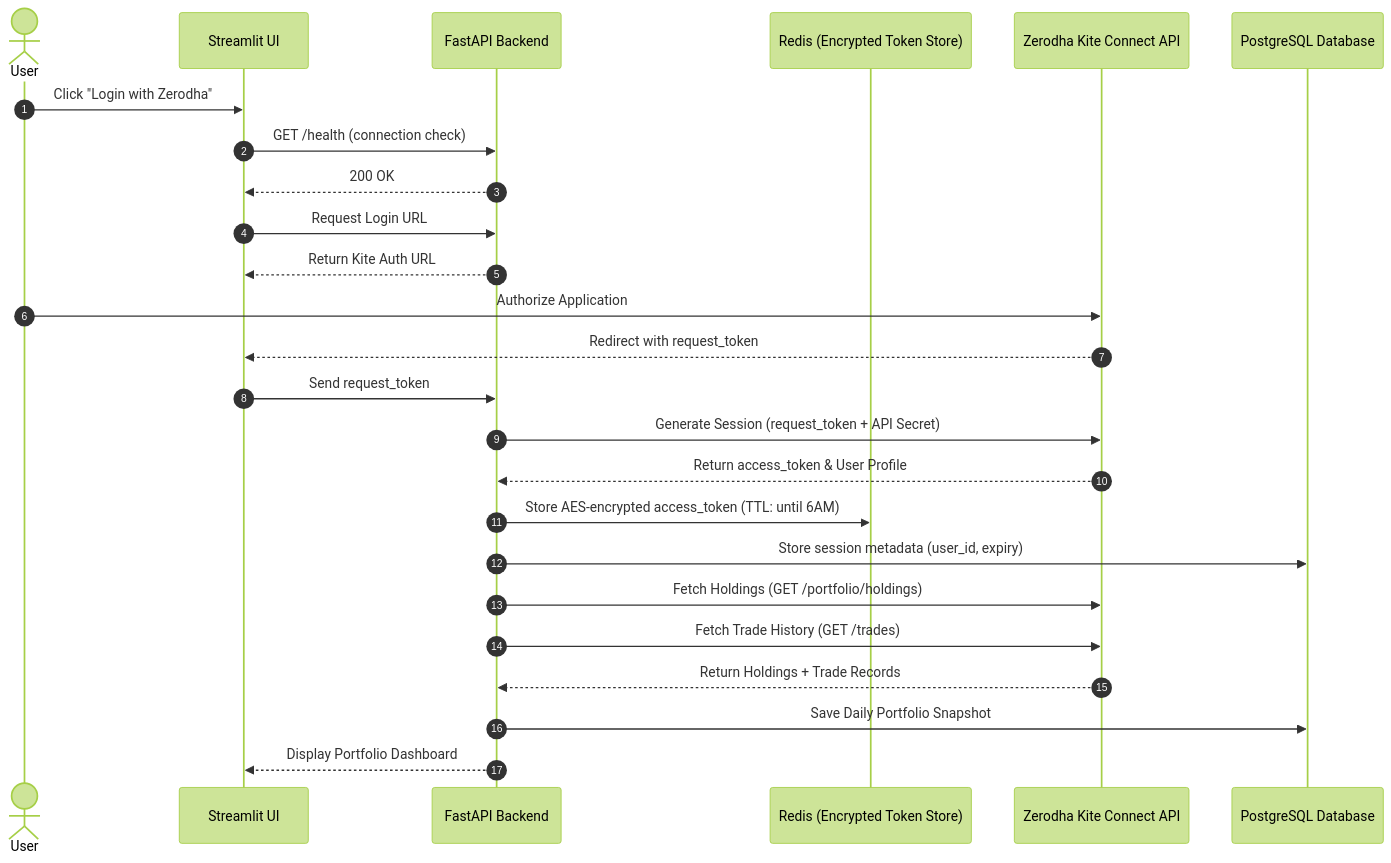
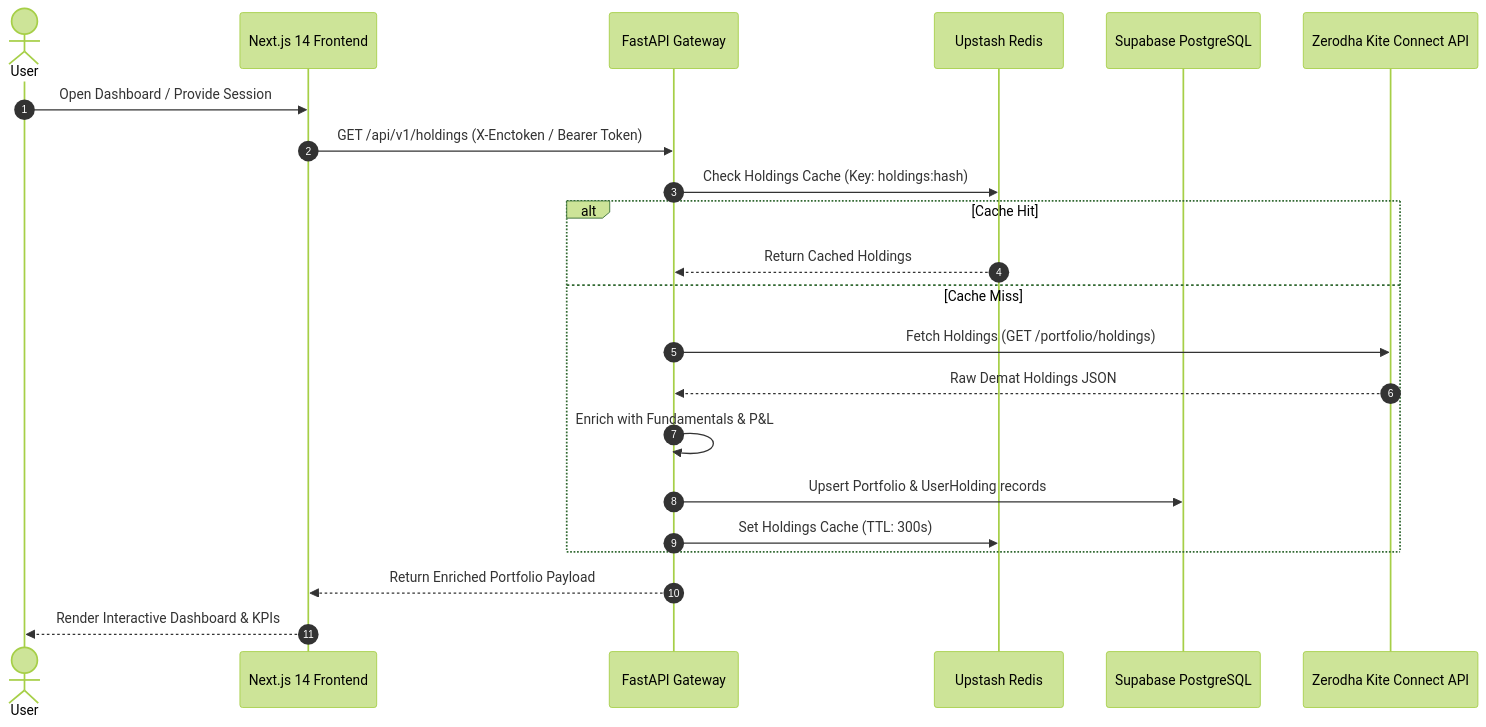
Before and after one commit to benoirajan/portfolio-assistant: the second of 4 diagrams in docs/architecture/HLD.md, drawn with Mermaid (forest theme). The commit also changed other lines of this file and 10 other files, not shown here.

````diff
--- a/docs/architecture/HLD.md
+++ b/docs/architecture/HLD.md
@@ -143,28 +113,25 @@
 ```mermaid
 sequenceDiagram
     autonumber
     actor User
-    participant UI as Streamlit UI
-    participant Backend as FastAPI Backend
-    participant Redis as Redis (Encrypted Token Store)
-    participant Zerodha as Zerodha Kite Connect API
-    participant DB as PostgreSQL Database
+    participant UI as Next.js 14 Frontend
+    participant Backend as FastAPI Gateway
+    participant Redis as Upstash Redis
+    participant DB as Supabase PostgreSQL
+    participant Kite as Zerodha Kite Connect API
 
-    User->>UI: Click "Login with Zerodha"
-    UI->>Backend: GET /health (connection check)
-    Backend-->>UI: 200 OK
-    UI->>Backend: Request Login URL
-    Backend-->>UI: Return Kite Auth URL
-    User->>Zerodha: Authorize Application
-    Zerodha-->>UI: Redirect with request_token
-    UI->>Backend: Send request_token
-    Backend->>Zerodha: Generate Session (request_token + API Secret)
-    Zerodha-->>Backend: Return access_token & User Profile
-    Backend->>Redis: Store AES-encrypted access_token (TTL: until 6AM)
-    Backend->>DB: Store session metadata (user_id, expiry)
-    Backend->>Zerodha: Fetch Holdings (GET /portfolio/holdings)
-    Backend->>Zerodha: Fetch Trade History (GET /trades)
-    Zerodha-->>Backend: Return Holdings + Trade Records
-    Backend->>DB: Save Daily Portfolio Snapshot
-    Backend-->>UI: Display Portfolio Dashboard
+    User->>UI: Open Dashboard / Provide Session
+    UI->>Backend: GET /api/v1/holdings (X-Enctoken / Bearer Token)
+    Backend->>Redis: Check Holdings Cache (Key: holdings:hash)
+    alt Cache Hit
+        Redis-->>Backend: Return Cached Holdings
+    else Cache Miss
+        Backend->>Kite: Fetch Holdings (GET /portfolio/holdings)
+        Kite-->>Backend: Raw Demat Holdings JSON
+        Backend->>Backend: Enrich with Fundamentals & P&L
+        Backend->>DB: Upsert Portfolio & UserHolding records
+        Backend->>Redis: Set Holdings Cache (TTL: 300s)
+    end
+    Backend-->>UI: Return Enriched Portfolio Payload
+    UI-->>User: Render Interactive Dashboard & KPIs
 ```
````
